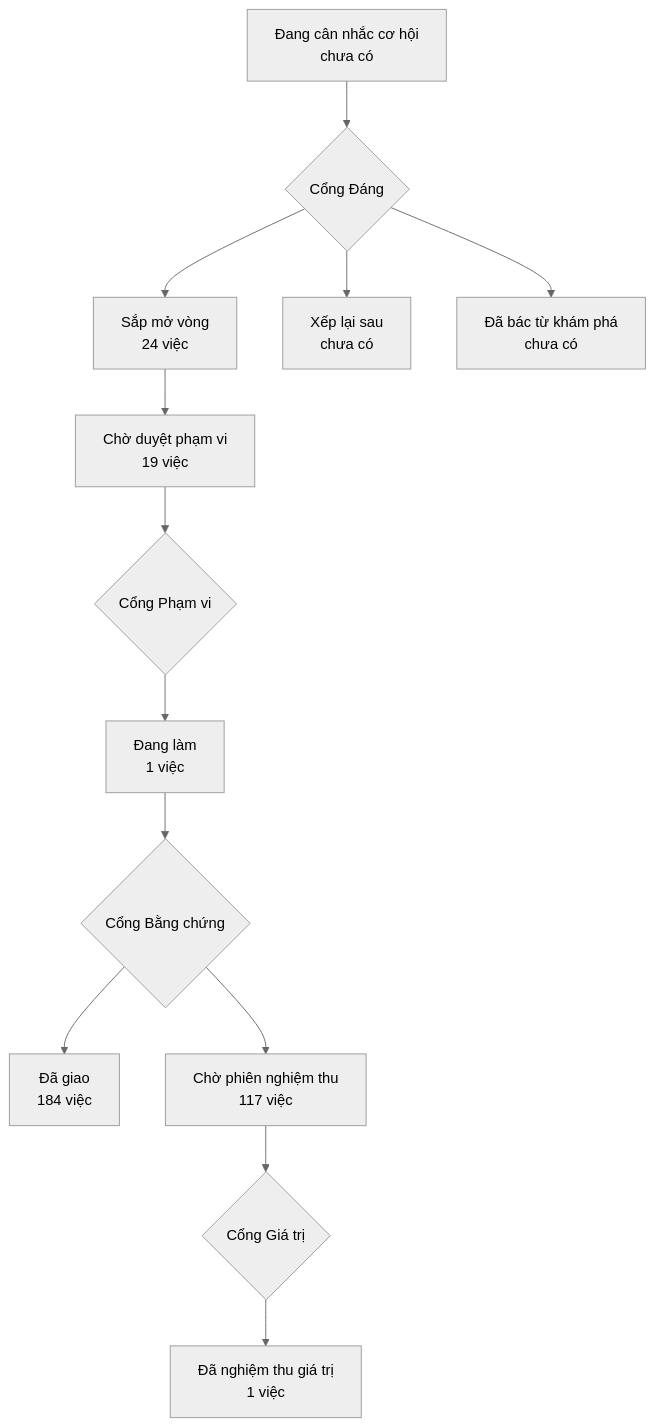
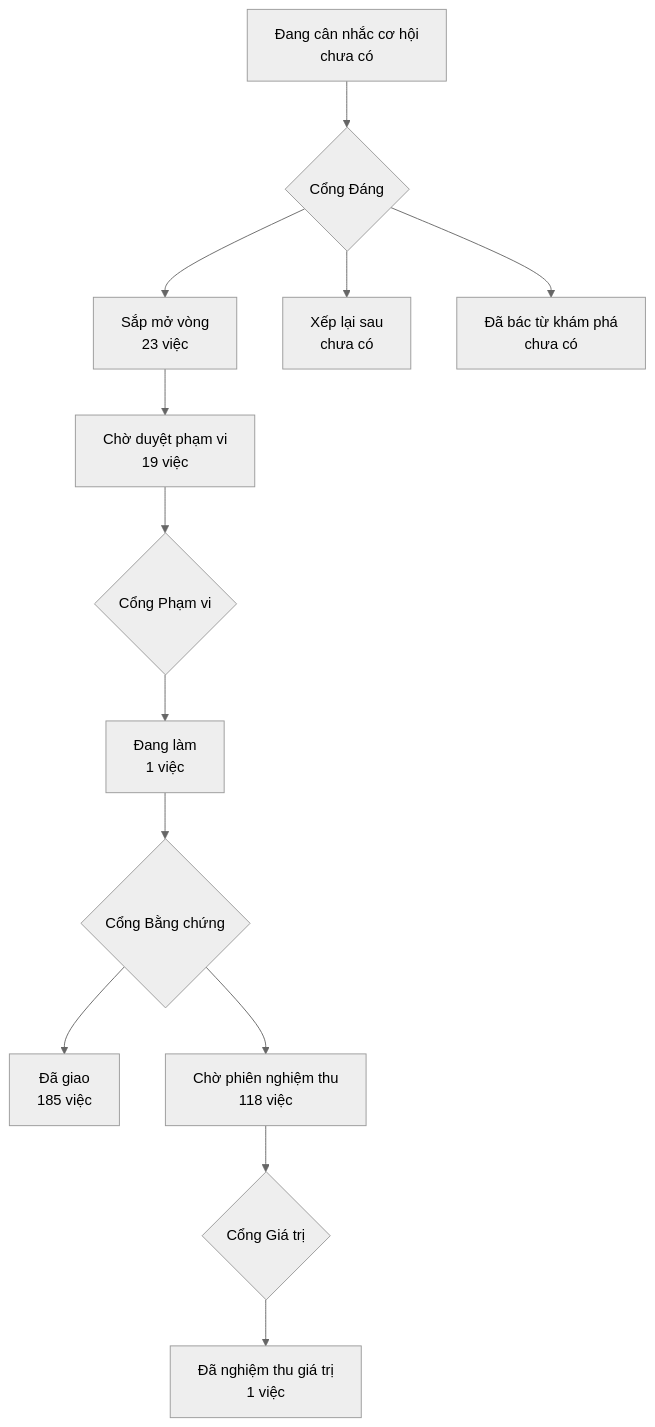
Before and after one commit to phanlemanh/onehub-invest: the diagram in PRODUCT-MAP.md, drawn with Mermaid (neutral theme). The commit also changed other lines of this file and 1 other file, not shown here.

Commit message:
chore(map): sinh lại bản đồ sau khi gộp main 8518c392

````diff
--- a/PRODUCT-MAP.md
+++ b/PRODUCT-MAP.md
@@ -7,12 +7,12 @@
 ```mermaid
 flowchart TD
   A["Đang cân nhắc cơ hội<br/>chưa có"] --> GD{"Cổng Đáng"}
-  GD --> B["Sắp mở vòng<br/>24 việc"]
+  GD --> B["Sắp mở vòng<br/>23 việc"]
   GD --> XL["Xếp lại sau<br/>chưa có"]
   GD --> DB["Đã bác từ khám phá<br/>chưa có"]
   B --> CD["Chờ duyệt phạm vi<br/>19 việc"] --> GP{"Cổng Phạm vi"}
   GP --> DL["Đang làm<br/>1 việc"] --> GB{"Cổng Bằng chứng"}
-  GB --> DG["Đã giao<br/>184 việc"]
-  GB --> CN["Chờ phiên nghiệm thu<br/>117 việc"] --> GG{"Cổng Giá trị"}
+  GB --> DG["Đã giao<br/>185 việc"]
+  GB --> CN["Chờ phiên nghiệm thu<br/>118 việc"] --> GG{"Cổng Giá trị"}
   GG --> NT["Đã nghiệm thu giá trị<br/>1 việc"]
 ```
````
